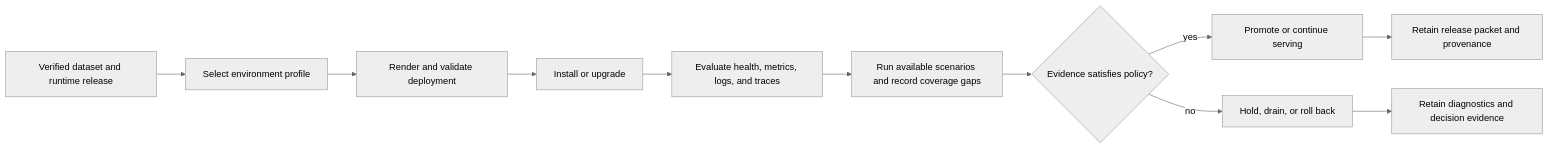
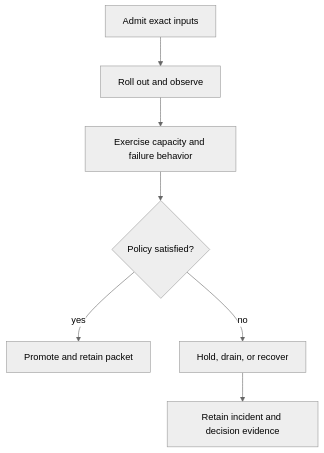
The second of 2 diagrams in docs/bijux-atlas-ops/index.md (bijux/bijux-atlas), drawn with Mermaid (neutral theme) before and after one commit. The commit also changed other lines of this file and 1 other file, not shown here.

Commit message:
docs(operations): map topology and decision authority

````diff
--- a/docs/bijux-atlas-ops/index.md
+++ b/docs/bijux-atlas-ops/index.md
@@ -82,13 +87,9 @@
 ```mermaid
-flowchart LR
-    Release[Verified dataset and runtime release] --> Profile[Select environment profile]
-    Profile --> Render[Render and validate deployment]
-    Render --> Install[Install or upgrade]
-    Install --> Observe[Evaluate health, metrics, logs, and traces]
-    Observe --> Exercise[Run available scenarios and record coverage gaps]
-    Exercise --> Decide{Evidence satisfies policy?}
-    Decide -->|yes| Promote[Promote or continue serving]
-    Decide -->|no| Hold[Hold, drain, or roll back]
-    Promote --> Packet[Retain release packet and provenance]
-    Hold --> Incident[Retain diagnostics and decision evidence]
+flowchart TB
+    A[Admit exact inputs] --> B[Roll out and observe]
+    B --> C[Exercise capacity and failure behavior]
+    C --> D{Policy satisfied?}
+    D -->|yes| E[Promote and retain packet]
+    D -->|no| F[Hold, drain, or recover]
+    F --> G[Retain incident and decision evidence]
 ```
````
